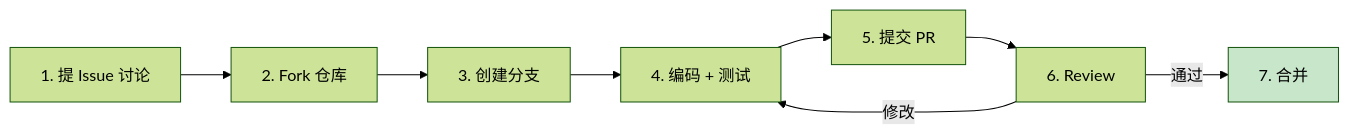
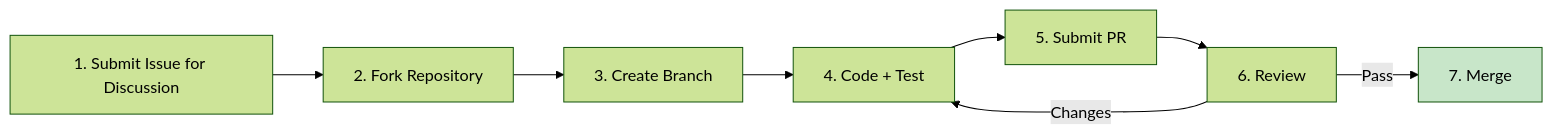
Before and after one commit to Kirky-X/cangjie: the diagram in templates/通用/【模板】CONTRIBUTING.md, drawn with Mermaid (forest theme). The commit also changed other lines of this file and 60 other files, not shown here.

````diff
--- a/templates/通用/【模板】CONTRIBUTING.md
+++ b/templates/通用/【模板】CONTRIBUTING.md
@@ -61,11 +61,11 @@
 ```mermaid
 flowchart LR
-    A[1. 提 Issue 讨论] --> B[2. Fork 仓库]
-    B --> C[3. 创建分支]
-    C --> D[4. 编码 + 测试]
-    D --> E[5. 提交 PR]
+    A[1. Submit Issue for Discussion] --> B[2. Fork Repository]
+    B --> C[3. Create Branch]
+    C --> D[4. Code + Test]
+    D --> E[5. Submit PR]
     E --> F[6. Review]
-    F -->|通过| G[7. 合并]
-    F -->|修改| D
+    F -->|Pass| G[7. Merge]
+    F -->|Changes| D
     style G fill:#c8e6c9
 ```
````
